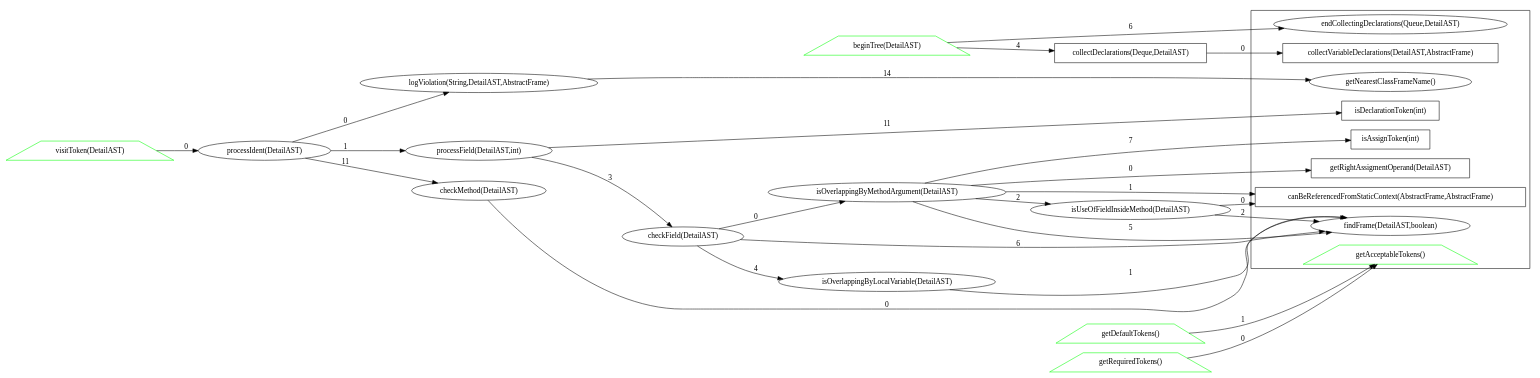
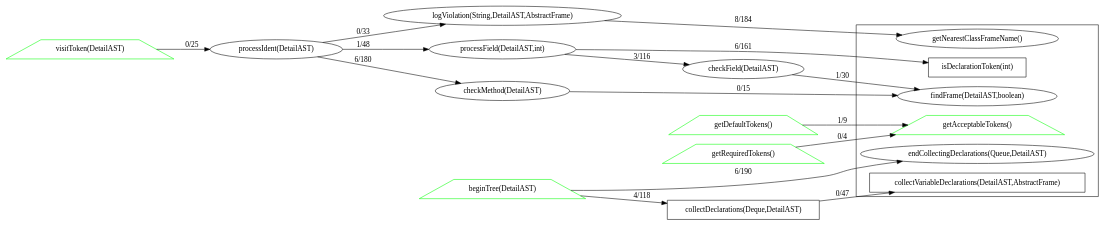
One commit to alex-zuy/alex-zuy.github.io changed the diagram in dot/RequireThisCheck.java.dot. Above: the diagram before and after it, drawn with Graphviz. The commit also changed 7 other files, not shown here.

```diff
--- a/dot/RequireThisCheck.java.dot
+++ b/dot/RequireThisCheck.java.dot
@@ -1,65 +1,49 @@
 digraph dependencies {
 rankdir = "LR";
 subgraph clustersimple {
 "collectVariableDeclarations(DetailAST,AbstractFrame)" [ color="#000000ff" shape="polygon" ];
 "endCollectingDeclarations(Queue,DetailAST)" [ color="#000000ff" ];
-"getRightAssigmentOperand(DetailAST)" [ color="#000000ff" shape="polygon" ];
-"canBeReferencedFromStaticContext(AbstractFrame,AbstractFrame)" [ color="#000000ff" shape="polygon" ];
 "findFrame(DetailAST,boolean)" [ color="#000000ff" ];
 "isDeclarationToken(int)" [ color="#000000ff" shape="polygon" ];
-"isAssignToken(int)" [ color="#000000ff" shape="polygon" ];
 "getNearestClassFrameName()" [ color="#000000ff" ];
 "getAcceptableTokens()" [ color="#00ff00ff" shape="trapezium" ];
 }
-"collectDeclarations(Deque,DetailAST)" [ color="#000000ff" shape="polygon" ];
 "checkField(DetailAST)" [ color="#000000ff" ];
-"isOverlappingByMethodArgument(DetailAST)" [ color="#000000ff" ];
-"isUseOfFieldInsideMethod(DetailAST)" [ color="#000000ff" ];
-"isOverlappingByLocalVariable(DetailAST)" [ color="#000000ff" ];
 "checkMethod(DetailAST)" [ color="#000000ff" ];
 "getDefaultTokens()" [ color="#00ff00ff" shape="trapezium" ];
 "getRequiredTokens()" [ color="#00ff00ff" shape="trapezium" ];
 "beginTree(DetailAST)" [ color="#00ff00ff" shape="trapezium" ];
 "visitToken(DetailAST)" [ color="#00ff00ff" shape="trapezium" ];
 "processIdent(DetailAST)" [ color="#000000ff" ];
 "logViolation(String,DetailAST,AbstractFrame)" [ color="#000000ff" ];
 "processField(DetailAST,int)" [ color="#000000ff" ];
-"collectDeclarations(Deque,DetailAST)" -> "collectVariableDeclarations(DetailAST,AbstractFrame)" [ label="0" ];
-"checkField(DetailAST)" -> "isOverlappingByMethodArgument(DetailAST)" [ label="0" ];
-"checkField(DetailAST)" -> "isOverlappingByLocalVariable(DetailAST)" [ label="4" ];
-"checkField(DetailAST)" -> "findFrame(DetailAST,boolean)" [ label="6" ];
-"isOverlappingByMethodArgument(DetailAST)" -> "getRightAssigmentOperand(DetailAST)" [ label="0" ];
-"isOverlappingByMethodArgument(DetailAST)" -> "canBeReferencedFromStaticContext(AbstractFrame,AbstractFrame)" [ label="1" ];
-"isOverlappingByMethodArgument(DetailAST)" -> "isUseOfFieldInsideMethod(DetailAST)" [ label="2" ];
-"isOverlappingByMethodArgument(DetailAST)" -> "findFrame(DetailAST,boolean)" [ label="5" ];
-"isOverlappingByMethodArgument(DetailAST)" -> "isAssignToken(int)" [ label="7" ];
-"isUseOfFieldInsideMethod(DetailAST)" -> "canBeReferencedFromStaticContext(AbstractFrame,AbstractFrame)" [ label="0" ];
-"isUseOfFieldInsideMethod(DetailAST)" -> "findFrame(DetailAST,boolean)" [ label="2" ];
-"isOverlappingByLocalVariable(DetailAST)" -> "findFrame(DetailAST,boolean)" [ label="1" ];
-"checkMethod(DetailAST)" -> "findFrame(DetailAST,boolean)" [ label="0" ];
-"getDefaultTokens()" -> "getAcceptableTokens()" [ label="1" ];
-"getRequiredTokens()" -> "getAcceptableTokens()" [ label="0" ];
-"beginTree(DetailAST)" -> "collectDeclarations(Deque,DetailAST)" [ label="4" ];
-"beginTree(DetailAST)" -> "endCollectingDeclarations(Queue,DetailAST)" [ label="6" ];
-"visitToken(DetailAST)" -> "processIdent(DetailAST)" [ label="0" ];
-"processIdent(DetailAST)" -> "checkMethod(DetailAST)" [ label="11" ];
-"processIdent(DetailAST)" -> "logViolation(String,DetailAST,AbstractFrame)" [ label="0" ];
-"processIdent(DetailAST)" -> "processField(DetailAST,int)" [ label="1" ];
-"logViolation(String,DetailAST,AbstractFrame)" -> "getNearestClassFrameName()" [ label="14" ];
-"processField(DetailAST,int)" -> "checkField(DetailAST)" [ label="3" ];
-"processField(DetailAST,int)" -> "isDeclarationToken(int)" [ label="11" ];
+"collectDeclarations(Deque,DetailAST)" [ color="#000000ff" shape="polygon" ];
+"checkField(DetailAST)" -> "findFrame(DetailAST,boolean)" [ label="1/30" ];
+"checkMethod(DetailAST)" -> "findFrame(DetailAST,boolean)" [ label="0/15" ];
+"getDefaultTokens()" -> "getAcceptableTokens()" [ label="1/9" ];
+"getRequiredTokens()" -> "getAcceptableTokens()" [ label="0/4" ];
+"beginTree(DetailAST)" -> "endCollectingDeclarations(Queue,DetailAST)" [ label="6/190" ];
+"beginTree(DetailAST)" -> "collectDeclarations(Deque,DetailAST)" [ label="4/118" ];
+"visitToken(DetailAST)" -> "processIdent(DetailAST)" [ label="0/25" ];
+"processIdent(DetailAST)" -> "checkMethod(DetailAST)" [ label="6/180" ];
+"processIdent(DetailAST)" -> "logViolation(String,DetailAST,AbstractFrame)" [ label="0/33" ];
+"processIdent(DetailAST)" -> "processField(DetailAST,int)" [ label="1/48" ];
+"logViolation(String,DetailAST,AbstractFrame)" -> "getNearestClassFrameName()" [ label="8/184" ];
+"processField(DetailAST,int)" -> "checkField(DetailAST)" [ label="3/116" ];
+"processField(DetailAST,int)" -> "isDeclarationToken(int)" [ label="6/161" ];
+"collectDeclarations(Deque,DetailAST)" -> "collectVariableDeclarations(DetailAST,AbstractFrame)" [ label="0/47" ];
 /*
 Legend
 Node border color:
     a) GREEN - public
     b) YELLOW - protected
     c) BLACK - private
     d) BLUE - default
 Node shape:
     if static - rectangle
     otherwise if override - trapezium
     otherwise if overloaded - triangle
     otherwise ellipse
 
 */
 }
```
